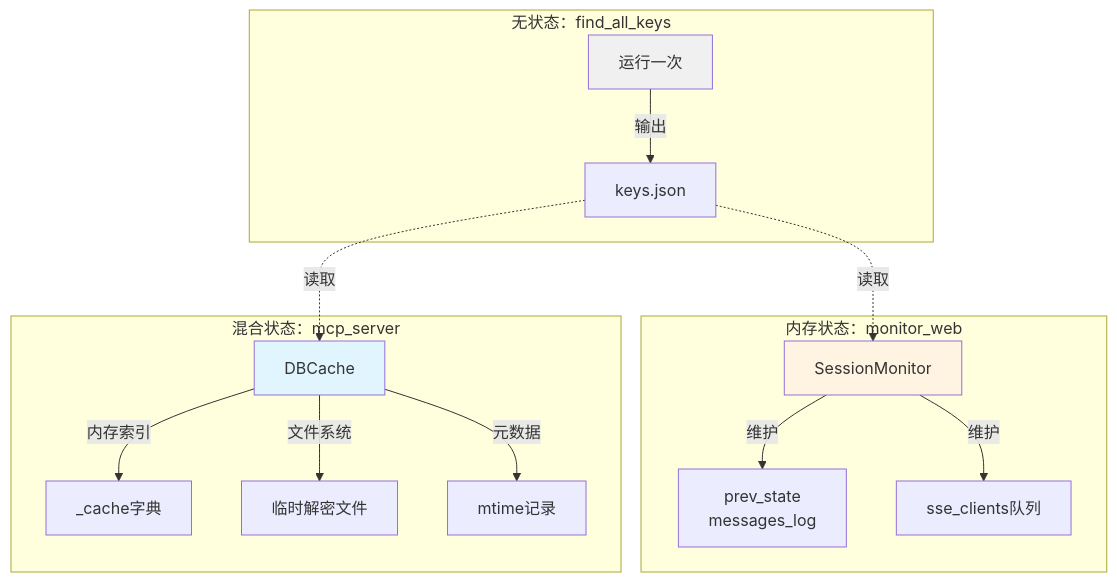
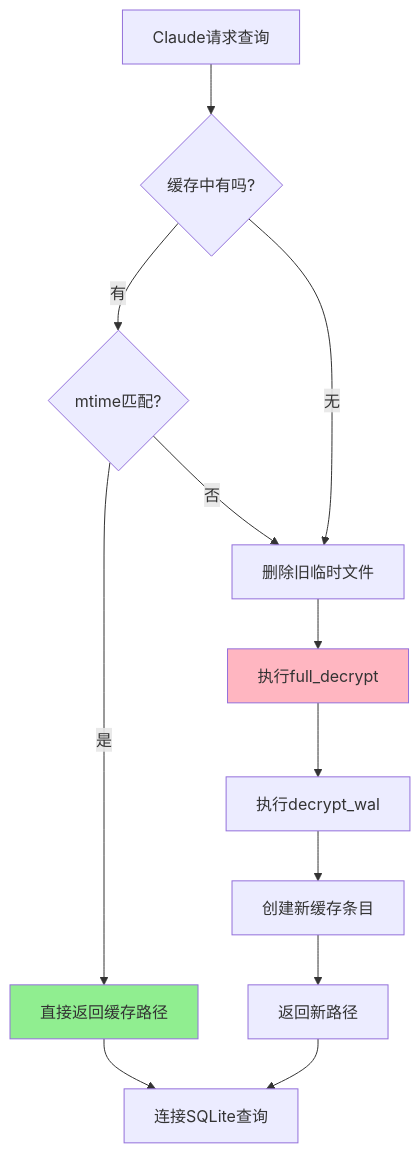
Before and after one commit to nerdneilsfield/code-wiki-pages: the fifth of 13 diagrams in public/wechat-decrypt/guide-beginners-guide-data-flow.md, drawn with Mermaid. The commit also changed other lines of this file and 30 other files, not shown here.

````diff
--- a/public/wechat-decrypt/guide-beginners-guide-data-flow.md
+++ b/public/wechat-decrypt/guide-beginners-guide-data-flow.md
@@ -174,23 +163,17 @@
 ```mermaid
-graph TD
-    subgraph "无状态：find_all_keys"
-        A[运行一次] -->|输出| B[keys.json]
-        style A fill:#f0f0f0
-    end
+flowchart TD
+    A[Claude请求查询] --> B{缓存中有吗?}
+    B -->|有| C{mtime匹配?}
+    C -->|是| D[直接返回缓存路径]
+    C -->|否| E[删除旧临时文件]
+    B -->|无| E
+    E --> F[执行full_decrypt]
+    F --> G[执行decrypt_wal]
+    G --> H[创建新缓存条目]
+    H --> I[返回新路径]
+    D --> J[连接SQLite查询]
+    I --> J
     
-    subgraph "内存状态：monitor_web"
-        C[SessionMonitor] -->|维护| D[prev_state<br/>messages_log]
-        C -->|维护| E[sse_clients队列]
-        style C fill:#fff4e1
-    end
-    
-    subgraph "混合状态：mcp_server"
-        F[DBCache] -->|内存索引| G[_cache字典]
-        F -->|文件系统| H[临时解密文件]
-        F -->|元数据| I[mtime记录]
-        style F fill:#e1f5ff
-    end
-    
-    B -.->|读取| C
-    B -.->|读取| F
+    style D fill:#90EE90
+    style F fill:#FFB6C1
 ```
````
